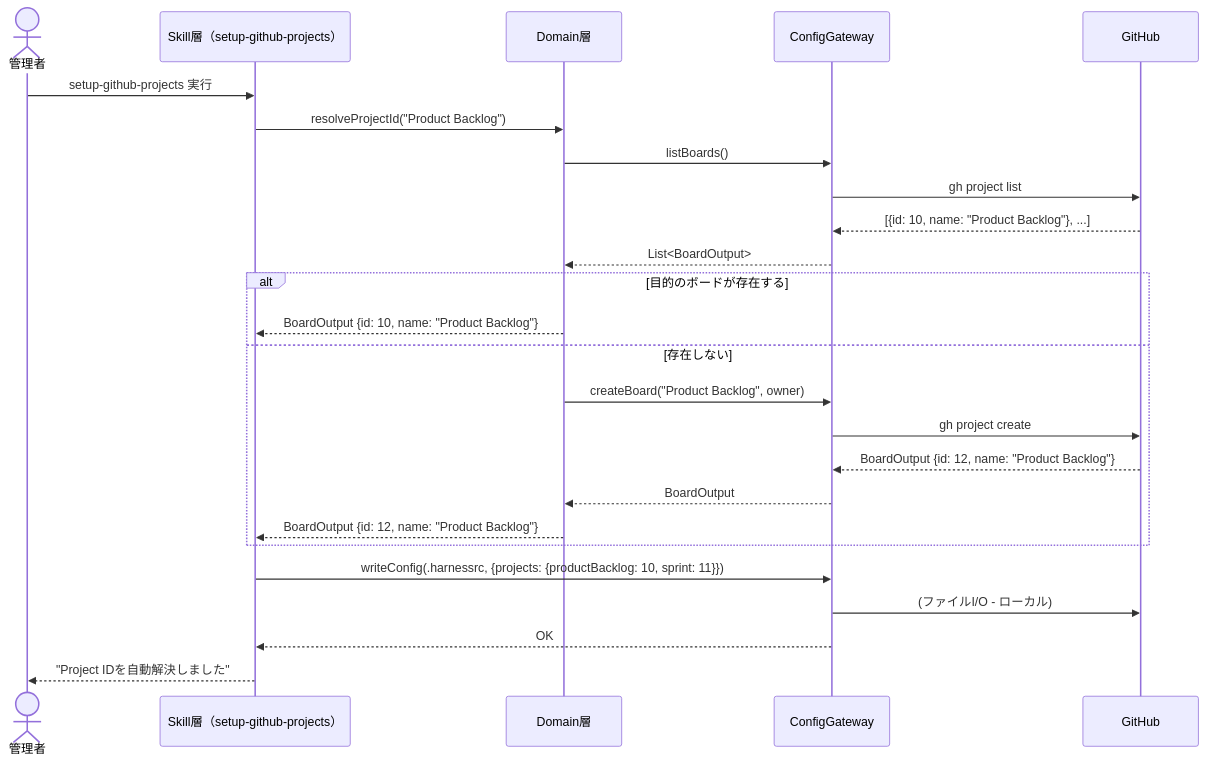
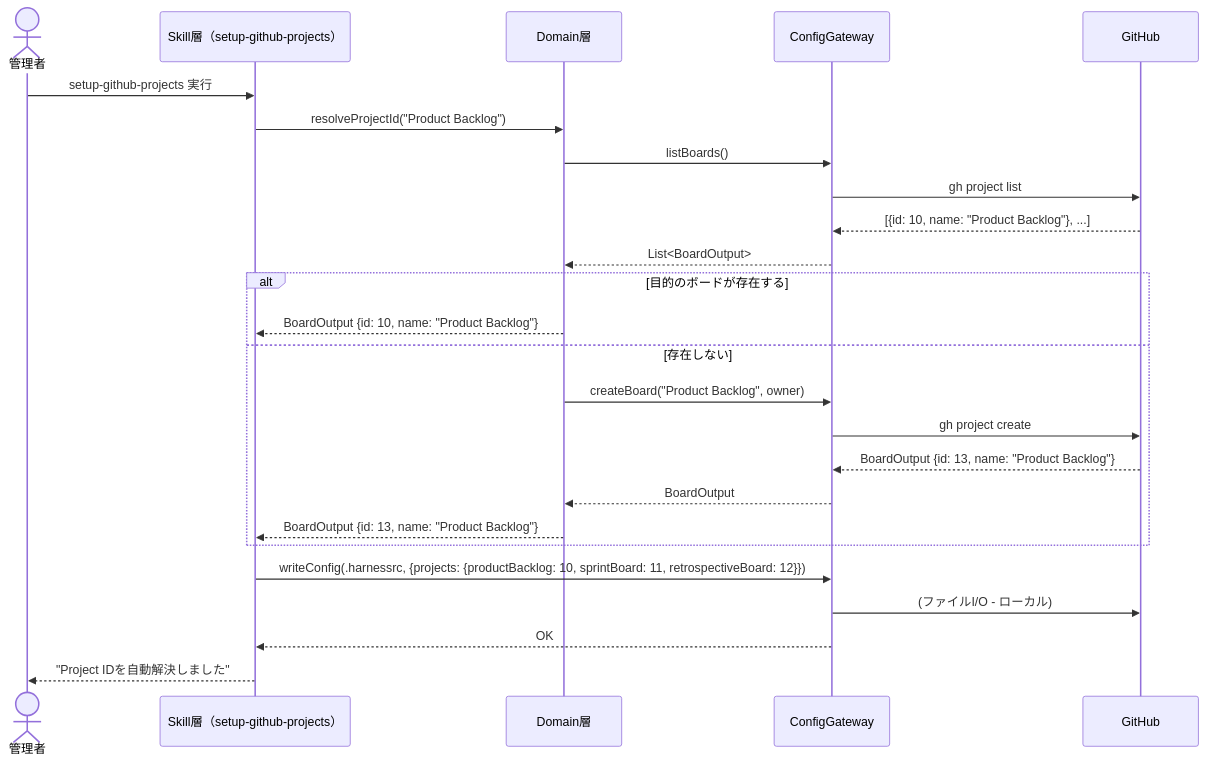
Before and after one commit to future-trajectory-official/global-harness-manager: the eighth of 11 diagrams in guides/architecture-design.md, drawn with Mermaid. The commit also changed other lines of this file, not shown here.

Commit message:
docs(architecture): 第7章の設定ファイル構造を実装と同期

````diff
--- a/guides/architecture-design.md
+++ b/guides/architecture-design.md
@@ -1281,30 +1281,30 @@
 ```mermaid
 sequenceDiagram
     actor User as 管理者
     participant Skill as Skill層（setup-github-projects）
     participant Domain as Domain層
     participant GW as ConfigGateway
     participant GH as GitHub
 
     User->>Skill: setup-github-projects 実行
     Skill->>Domain: resolveProjectId("Product Backlog")
     Domain->>GW: listBoards()
     GW->>GH: gh project list
     GH-->>GW: [{id: 10, name: "Product Backlog"}, ...]
     GW-->>Domain: List<BoardOutput>
 
     alt 目的のボードが存在する
         Domain-->>Skill: BoardOutput {id: 10, name: "Product Backlog"}
     else 存在しない
         Domain->>GW: createBoard("Product Backlog", owner)
         GW->>GH: gh project create
-        GH-->>GW: BoardOutput {id: 12, name: "Product Backlog"}
+        GH-->>GW: BoardOutput {id: 13, name: "Product Backlog"}
         GW-->>Domain: BoardOutput
-        Domain-->>Skill: BoardOutput {id: 12, name: "Product Backlog"}
+        Domain-->>Skill: BoardOutput {id: 13, name: "Product Backlog"}
     end
 
-    Skill->>GW: writeConfig(.harnessrc, {projects: {productBacklog: 10, sprint: 11}})
+    Skill->>GW: writeConfig(.harnessrc, {projects: {productBacklog: 10, sprintBoard: 11, retrospectiveBoard: 12}})
     GW->>GH: (ファイルI/O - ローカル)
     GW-->>Skill: OK
     Skill-->>User: "Project IDを自動解決しました"
 ```
````
